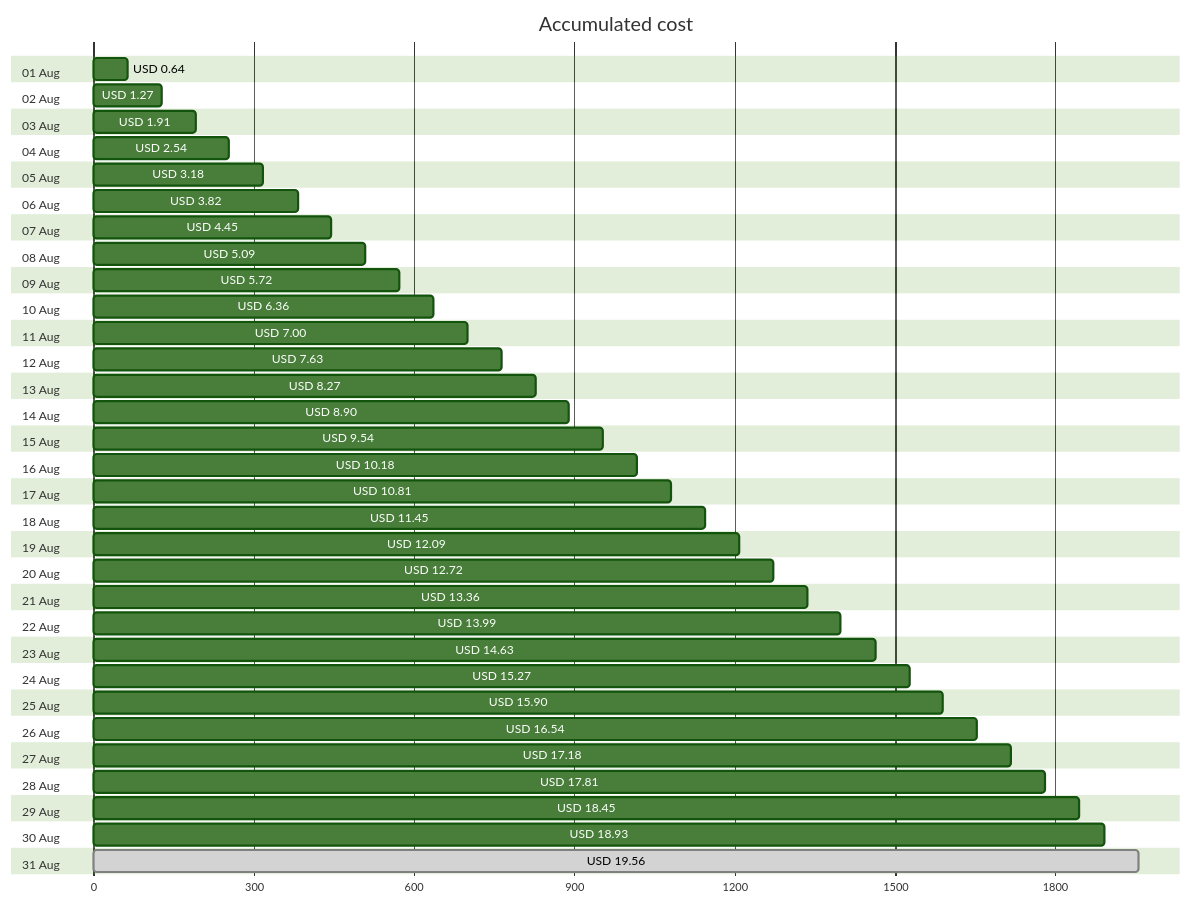
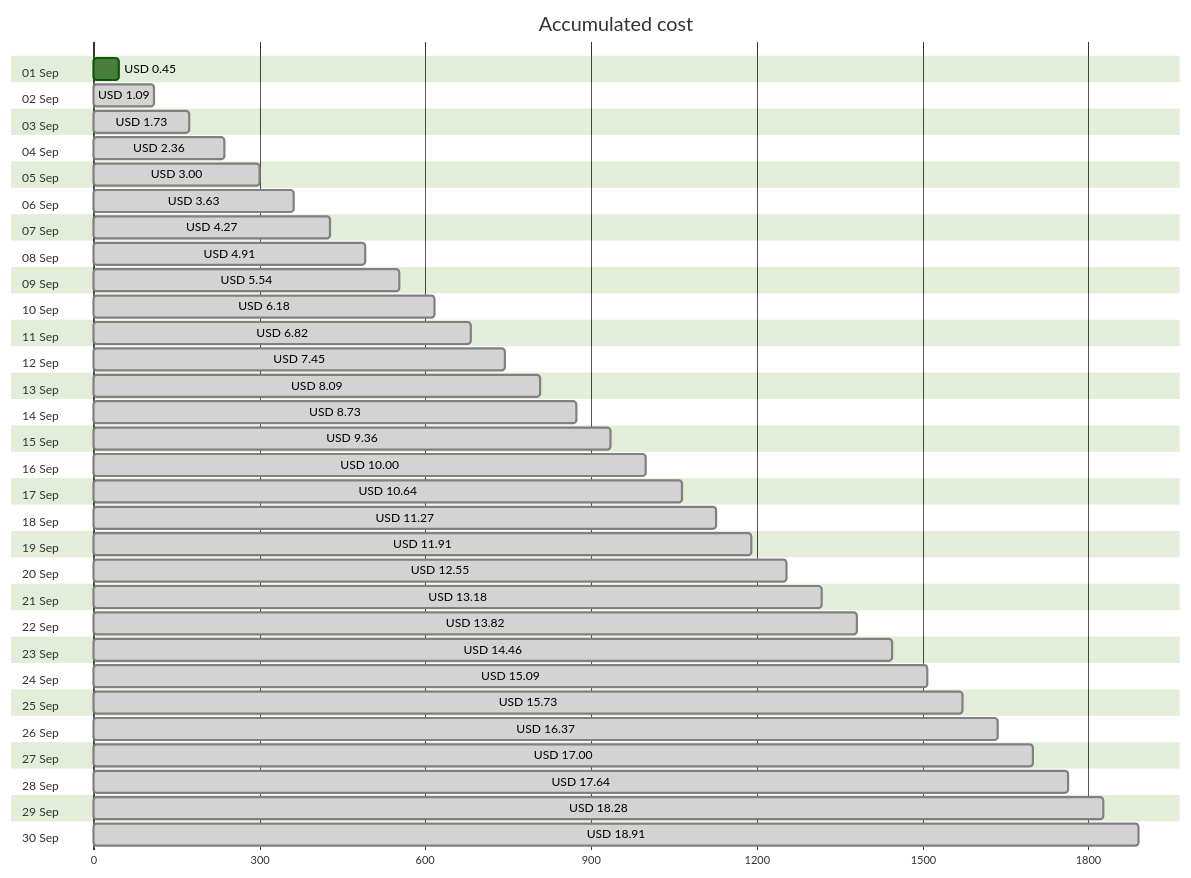
Before and after one commit to jpfulton/azure-personal-reports: the first of 4 diagrams in cost-reports/accumulated-cost.md, drawn with Mermaid (forest theme). The commit also changed other lines of this file and 4 other files, not shown here.

````diff
--- a/cost-reports/accumulated-cost.md
+++ b/cost-reports/accumulated-cost.md
@@ -20,68 +20,66 @@
 ```mermaid
 gantt
    title Accumulated cost
    dateFormat  X
    axisFormat %s
-   section 01 Aug
-   USD 0.64 :0, 64
-   section 02 Aug
-   USD 1.27 :0, 127
-   section 03 Aug
-   USD 1.91 :0, 191
-   section 04 Aug
-   USD 2.54 :0, 254
-   section 05 Aug
-   USD 3.18 :0, 318
-   section 06 Aug
-   USD 3.82 :0, 382
-   section 07 Aug
-   USD 4.45 :0, 445
-   section 08 Aug
-   USD 5.09 :0, 509
-   section 09 Aug
-   USD 5.72 :0, 572
-   section 10 Aug
-   USD 6.36 :0, 636
-   section 11 Aug
-   USD 7.00 :0, 700
-   section 12 Aug
-   USD 7.63 :0, 763
-   section 13 Aug
-   USD 8.27 :0, 827
-   section 14 Aug
-   USD 8.90 :0, 890
-   section 15 Aug
-   USD 9.54 :0, 954
-   section 16 Aug
-   USD 10.18 :0, 1018
-   section 17 Aug
-   USD 10.81 :0, 1081
-   section 18 Aug
-   USD 11.45 :0, 1145
-   section 19 Aug
-   USD 12.09 :0, 1209
-   section 20 Aug
-   USD 12.72 :0, 1272
-   section 21 Aug
-   USD 13.36 :0, 1336
-   section 22 Aug
-   USD 13.99 :0, 1399
-   section 23 Aug
-   USD 14.63 :0, 1463
-   section 24 Aug
-   USD 15.27 :0, 1527
-   section 25 Aug
-   USD 15.90 :0, 1590
-   section 26 Aug
-   USD 16.54 :0, 1654
-   section 27 Aug
-   USD 17.18 :0, 1718
-   section 28 Aug
-   USD 17.81 :0, 1781
-   section 29 Aug
-   USD 18.45 :0, 1845
-   section 30 Aug
-   USD 18.93 :0, 1893
-   section 31 Aug
-   USD 19.56 : done, 0, 1956
+   section 01 Sep
+   USD 0.45 :0, 45
+   section 02 Sep
+   USD 1.09 : done, 0, 109
+   section 03 Sep
+   USD 1.73 : done, 0, 173
+   section 04 Sep
+   USD 2.36 : done, 0, 236
+   section 05 Sep
+   USD 3.00 : done, 0, 300
+   section 06 Sep
+   USD 3.63 : done, 0, 363
+   section 07 Sep
+   USD 4.27 : done, 0, 427
+   section 08 Sep
+   USD 4.91 : done, 0, 491
+   section 09 Sep
+   USD 5.54 : done, 0, 554
+   section 10 Sep
+   USD 6.18 : done, 0, 618
+   section 11 Sep
+   USD 6.82 : done, 0, 682
+   section 12 Sep
+   USD 7.45 : done, 0, 745
+   section 13 Sep
+   USD 8.09 : done, 0, 809
+   section 14 Sep
+   USD 8.73 : done, 0, 873
+   section 15 Sep
+   USD 9.36 : done, 0, 936
+   section 16 Sep
+   USD 10.00 : done, 0, 1000
+   section 17 Sep
+   USD 10.64 : done, 0, 1064
+   section 18 Sep
+   USD 11.27 : done, 0, 1127
+   section 19 Sep
+   USD 11.91 : done, 0, 1191
+   section 20 Sep
+   USD 12.55 : done, 0, 1255
+   section 21 Sep
+   USD 13.18 : done, 0, 1318
+   section 22 Sep
+   USD 13.82 : done, 0, 1382
+   section 23 Sep
+   USD 14.46 : done, 0, 1446
+   section 24 Sep
+   USD 15.09 : done, 0, 1509
+   section 25 Sep
+   USD 15.73 : done, 0, 1573
+   section 26 Sep
+   USD 16.37 : done, 0, 1637
+   section 27 Sep
+   USD 17.00 : done, 0, 1700
+   section 28 Sep
+   USD 17.64 : done, 0, 1764
+   section 29 Sep
+   USD 18.28 : done, 0, 1828
+   section 30 Sep
+   USD 18.91 : done, 0, 1891
 ```
````
